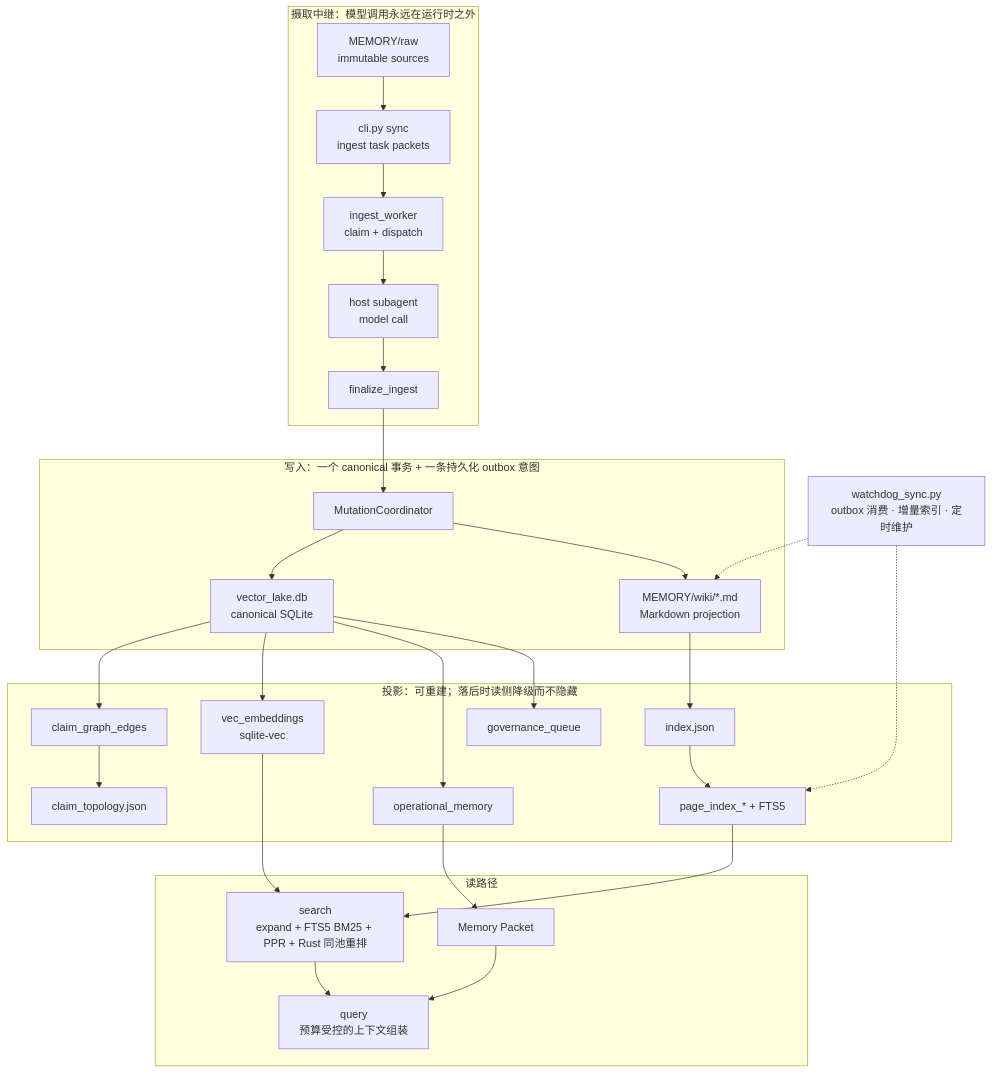
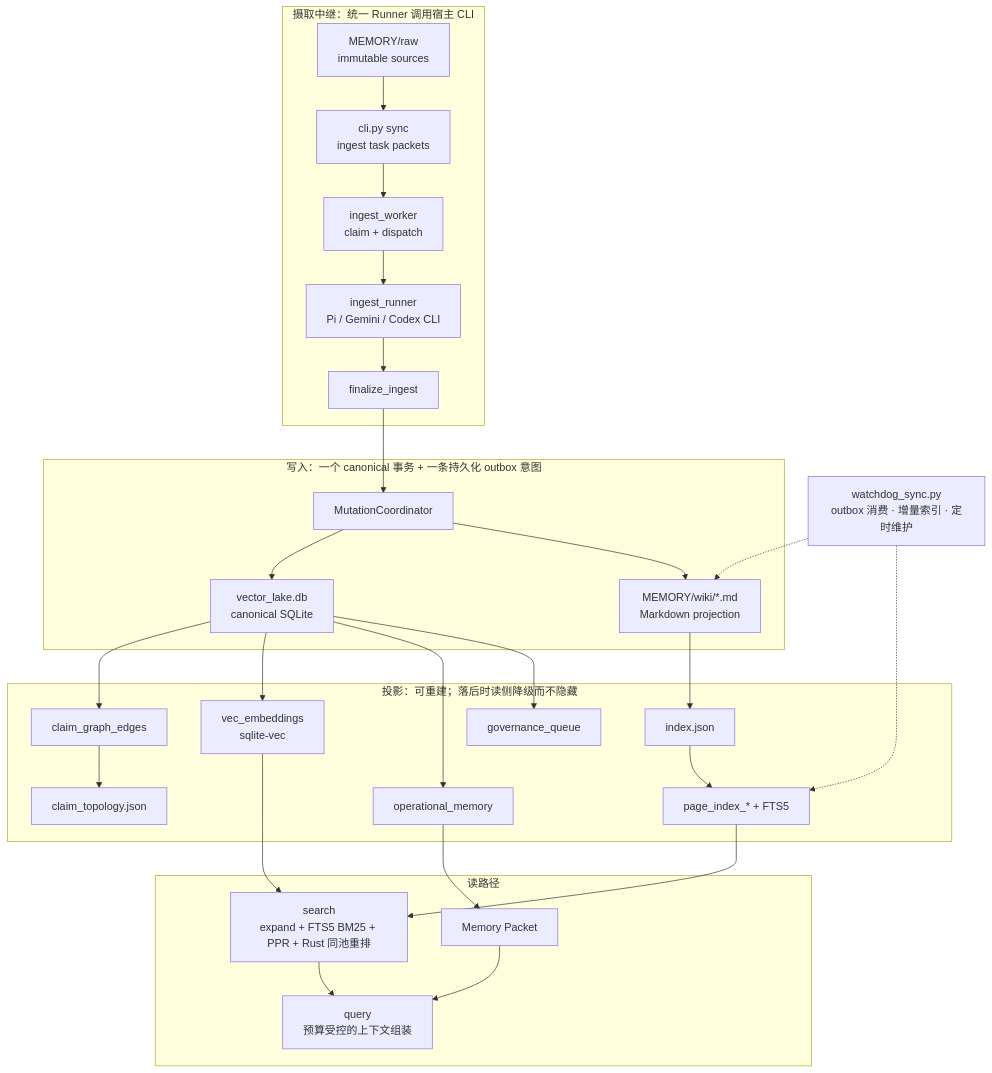
One commit to shawnshi/vector-lake changed the diagram in README.md. Above: the diagram before and after it, drawn with Mermaid. The commit also changed other lines of this file and 12 other files, not shown here.

Commit message:
feat(ingest): support configurable Pi Gemini and Codex backends

````diff
--- a/README.md
+++ b/README.md
@@ -35,33 +35,33 @@
 ```mermaid
 graph TD
-    subgraph relay [摄取中继：模型调用永远在运行时之外]
+    subgraph relay [摄取中继：统一 Runner 调用宿主 CLI]
         RAW["MEMORY/raw<br>immutable sources"] --> SYNC["cli.py sync<br>ingest task packets"]
         SYNC --> WORKER["ingest_worker<br>claim + dispatch"]
-        WORKER --> HOST["host subagent<br>model call"]
+        WORKER --> HOST["ingest_runner<br>Pi / Gemini / Codex CLI"]
         HOST --> FINAL["finalize_ingest"]
     end
     subgraph write [写入：一个 canonical 事务 + 一条持久化 outbox 意图]
         FINAL --> COORD["MutationCoordinator"]
         COORD --> DB["vector_lake.db<br>canonical SQLite"]
         COORD --> MD["MEMORY/wiki/*.md<br>Markdown projection"]
     end
     subgraph proj [投影：可重建；落后时读侧降级而不隐藏]
         MD --> IDX["index.json"]
         DB --> CG["claim_graph_edges"]
         CG --> CT["claim_topology.json"]
         IDX --> PINDEX["page_index_* + FTS5"]
         DB --> VEC["vec_embeddings<br>sqlite-vec"]
         DB --> OM["operational_memory"]
         DB --> GOV["governance_queue"]
     end
     subgraph read [读路径]
         PINDEX --> SEARCH["search<br>expand + FTS5 BM25 + PPR + Rust 同池重排"]
         VEC --> SEARCH
         OM --> PACKET["Memory Packet"]
         SEARCH --> QUERY["query<br>预算受控的上下文组装"]
         PACKET --> QUERY
     end
     WATCH["watchdog_sync.py<br>outbox 消费 · 增量索引 · 定时维护"]
     WATCH -.-> MD
     WATCH -.-> PINDEX
 ```
````
